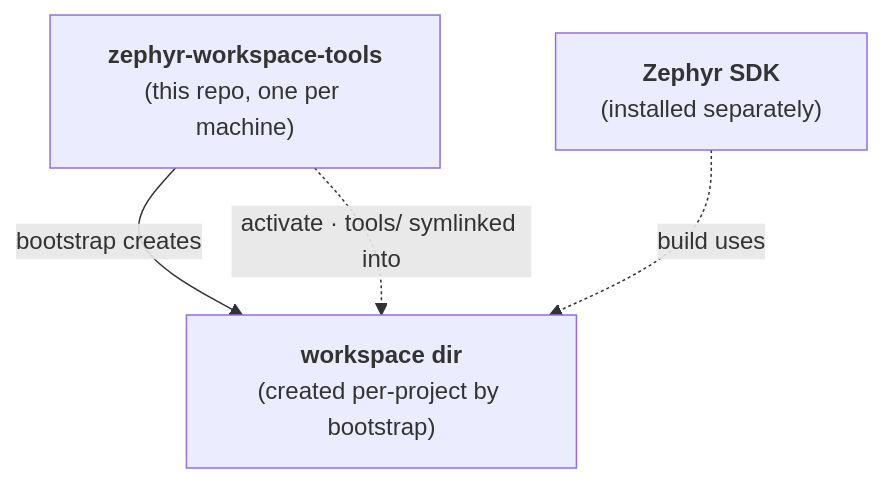
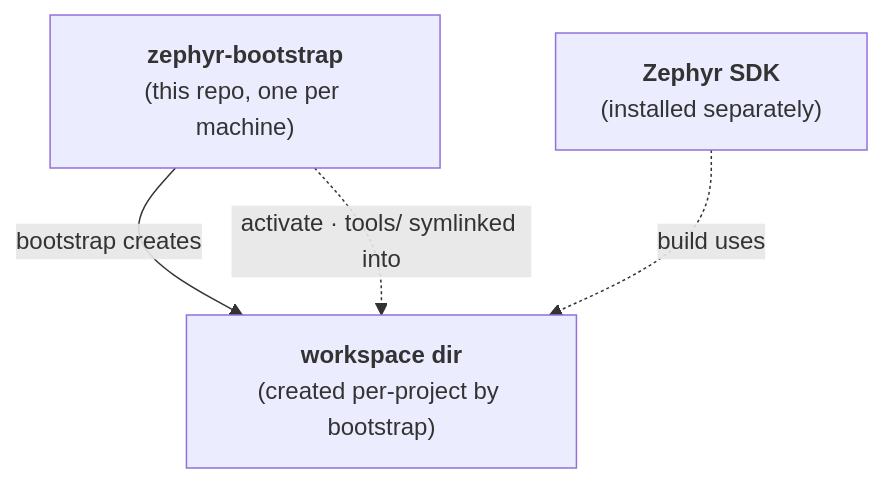
The diagram in README.md (Assar63/zephyr-workspace-tools), drawn with Mermaid before and after one commit. The commit also changed other lines of this file and 2 other files, not shown here.

First line of the commit message:
Rename to zephyr-bootstrap

````diff
--- a/README.md
+++ b/README.md
@@ -14,10 +14,10 @@
 ```mermaid
 flowchart TB
-    tools["<b>zephyr-workspace-tools</b><br/>(this repo, one per machine)"]
+    tools["<b>zephyr-bootstrap</b><br/>(this repo, one per machine)"]
     ws["<b>workspace dir</b><br/>(created per-project by bootstrap)"]
     sdk["<b>Zephyr SDK</b><br/>(installed separately)"]
 
     tools -->|bootstrap creates| ws
     tools -.->|activate · tools/ symlinked into| ws
     sdk -.->|build uses| ws
 ```
````
